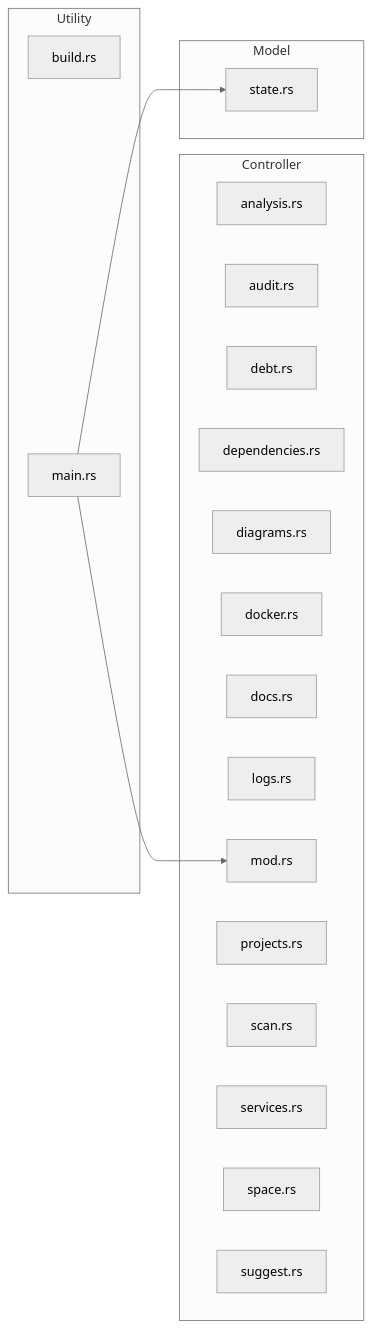
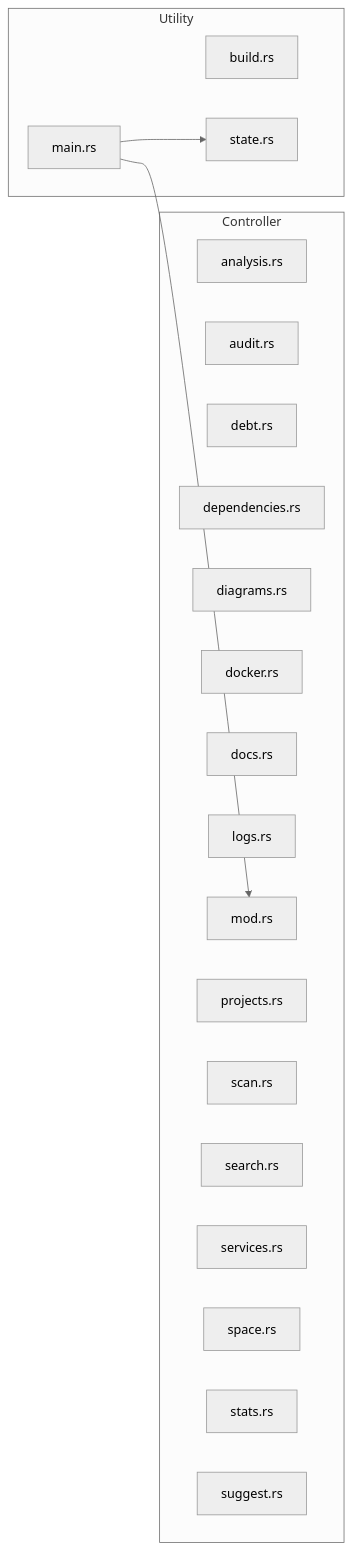
Before and after one commit to Mague/void-stack: the fifth of 8 diagrams in void-stack-analysis.md, drawn with Mermaid (neutral theme). The commit also changed other lines of this file and 26 other files, not shown here.

````diff
--- a/void-stack-analysis.md
+++ b/void-stack-analysis.md
@@ -1633,28 +1674,28 @@
 ```mermaid
 graph LR
     subgraph controller ["Controller"]
         src_commands_analysis_rs["analysis.rs"]
         src_commands_audit_rs["audit.rs"]
         src_commands_debt_rs["debt.rs"]
         src_commands_dependencies_rs["dependencies.rs"]
         src_commands_diagrams_rs["diagrams.rs"]
         src_commands_docker_rs["docker.rs"]
         src_commands_docs_rs["docs.rs"]
         src_commands_logs_rs["logs.rs"]
         src_commands_mod_rs["mod.rs"]
         src_commands_projects_rs["projects.rs"]
         src_commands_scan_rs["scan.rs"]
+        src_commands_search_rs["search.rs"]
         src_commands_services_rs["services.rs"]
         src_commands_space_rs["space.rs"]
+        src_commands_stats_rs["stats.rs"]
         src_commands_suggest_rs["suggest.rs"]
-    end
-    subgraph model ["Model"]
-        src_state_rs["state.rs"]
     end
     subgraph utility ["Utility"]
         build_rs["build.rs"]
         src_main_rs["main.rs"]
+        src_state_rs["state.rs"]
     end
     src_main_rs --> src_commands_mod_rs
     src_main_rs --> src_state_rs
 ```
````
